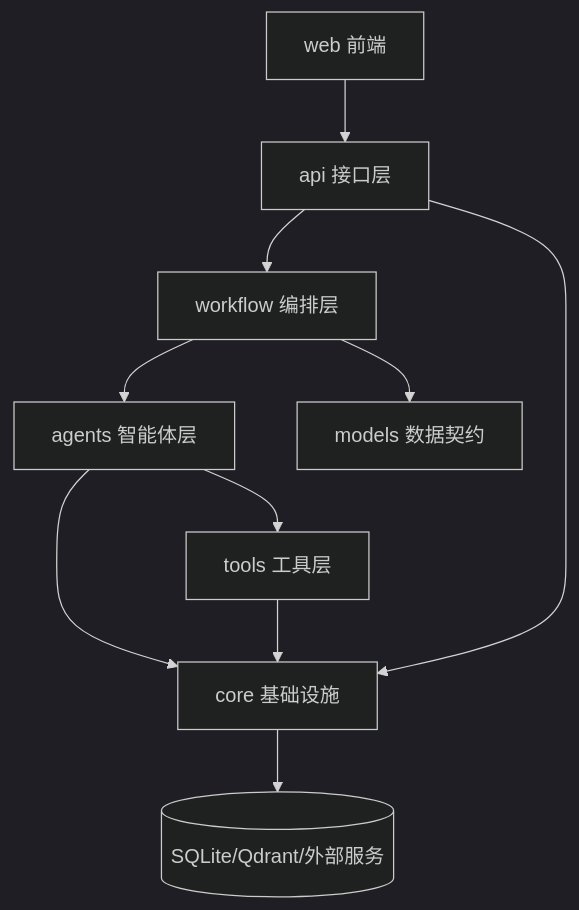
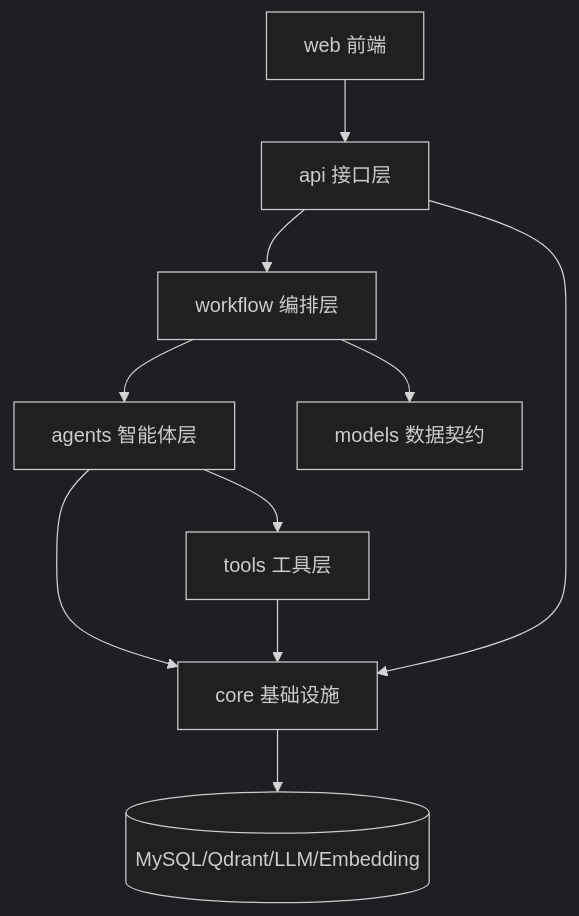
One commit to ArtLjn/AgentDesk changed the diagram in docs/design-spec/01_正式设计/08_项目目录架构设计.md. Above: the diagram before and after it, drawn with Mermaid (dark theme). The commit also changed 23 other files, not shown here.

````diff
--- a/docs/design-spec/01_正式设计/08_项目目录架构设计.md
+++ b/docs/design-spec/01_正式设计/08_项目目录架构设计.md
@@ -171,12 +171,12 @@
 ```mermaid
 flowchart TB
     Web[web 前端] --> API[api 接口层]
     API --> Workflow[workflow 编排层]
     Workflow --> Agents[agents 智能体层]
     Workflow --> Models[models 数据契约]
     Agents --> Tools[tools 工具层]
     Agents --> Core[core 基础设施]
     Tools --> Core
     API --> Core
-    Core --> DB[(SQLite/Qdrant/外部服务)]
+    Core --> DB[(MySQL/Qdrant/LLM/Embedding)]
 ```
````
